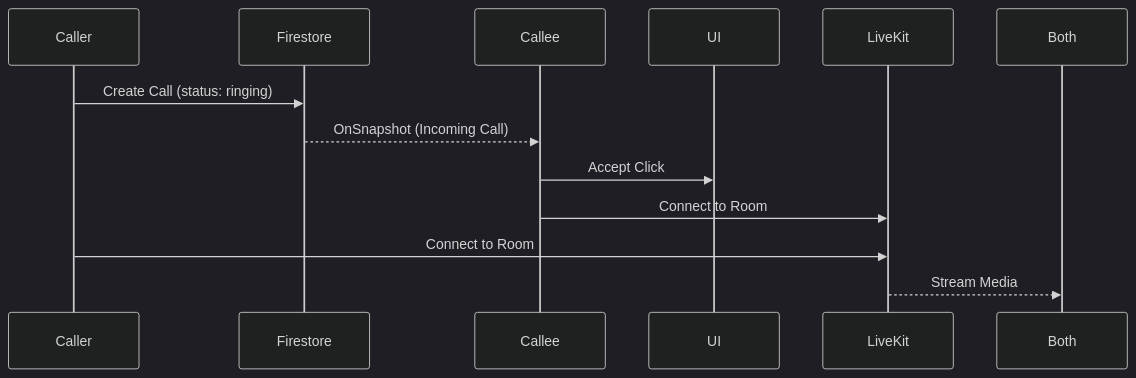
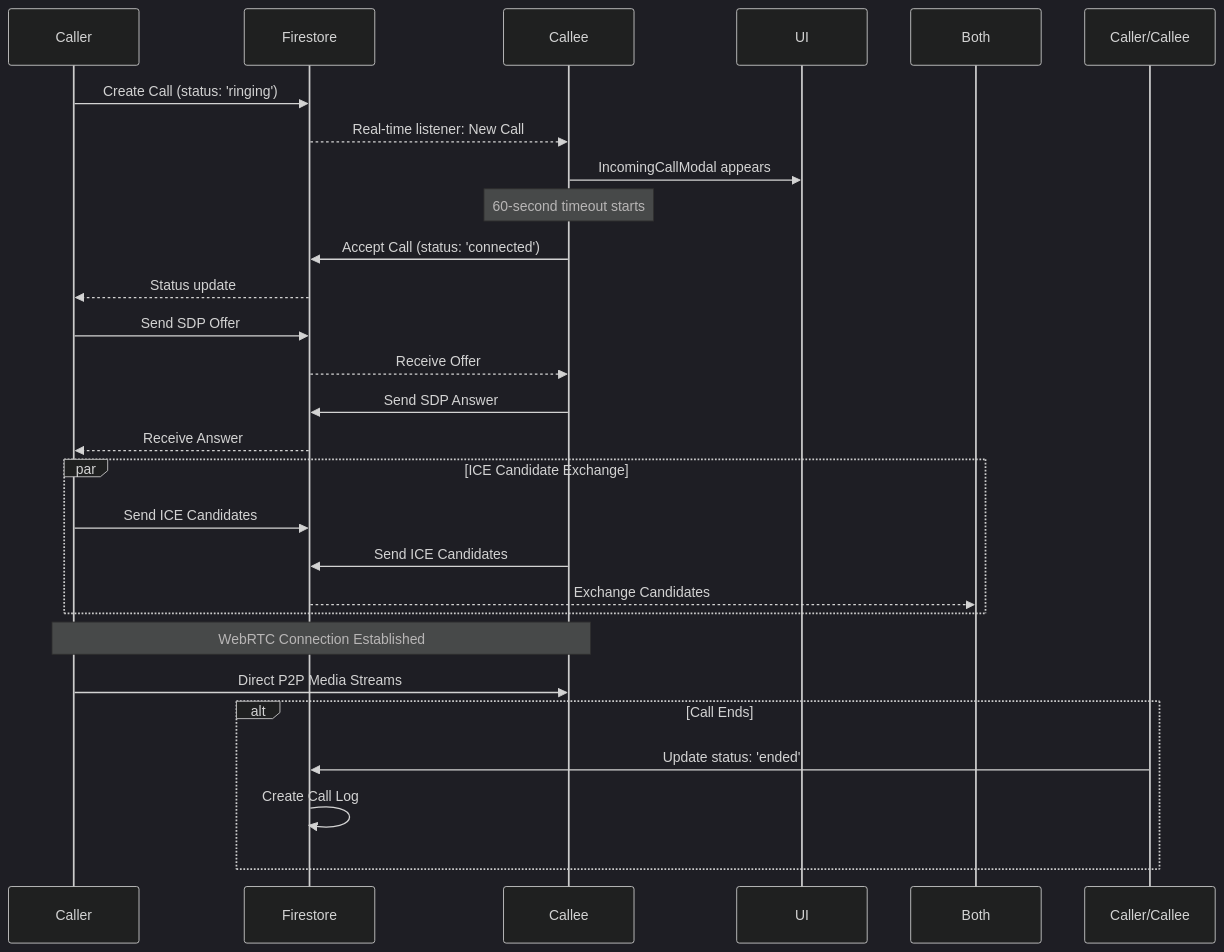
Before and after one commit to theAdityaNVS/VChat-V2: the diagram in docs/phase plans/PHASE_4_VIDEO_INTEGRATION.md, drawn with Mermaid (dark theme). The commit also changed other lines of this file and 5 other files, not shown here.

````diff
--- a/docs/phase plans/PHASE_4_VIDEO_INTEGRATION.md
+++ b/docs/phase plans/PHASE_4_VIDEO_INTEGRATION.md
@@ -89,9 +184,31 @@
 ```mermaid
 sequenceDiagram
-    Caller->>Firestore: Create Call (status: ringing)
-    Firestore-->>Callee: OnSnapshot (Incoming Call)
-    Callee->>UI: Accept Click
-    Callee->>LiveKit: Connect to Room
-    Caller->>LiveKit: Connect to Room
-    LiveKit-->>Both: Stream Media
+    participant Caller
+    participant Firestore
+    participant Callee
+
+    Caller->>Firestore: Create Call (status: 'ringing')
+    Firestore-->>Callee: Real-time listener: New Call
+    Callee->>UI: IncomingCallModal appears
+    Note over Callee: 60-second timeout starts
+    Callee->>Firestore: Accept Call (status: 'connected')
+    Firestore-->>Caller: Status update
+    Caller->>Firestore: Send SDP Offer
+    Firestore-->>Callee: Receive Offer
+    Callee->>Firestore: Send SDP Answer
+    Firestore-->>Caller: Receive Answer
+
+    par ICE Candidate Exchange
+        Caller->>Firestore: Send ICE Candidates
+        Callee->>Firestore: Send ICE Candidates
+        Firestore-->>Both: Exchange Candidates
+    end
+
+    Note over Caller,Callee: WebRTC Connection Established
+    Caller->>Callee: Direct P2P Media Streams
+
+    alt Call Ends
+        Caller/Callee->>Firestore: Update status: 'ended'
+        Firestore->>Firestore: Create Call Log
+    end
 ```
````
